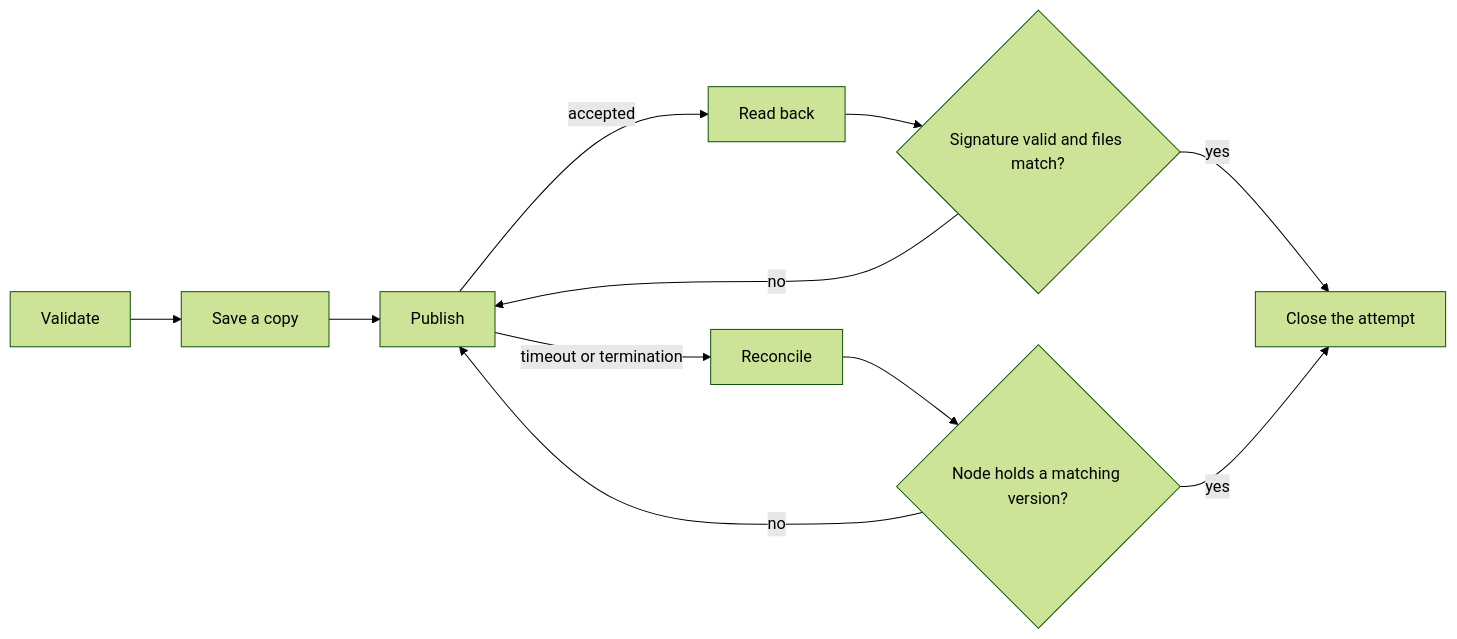
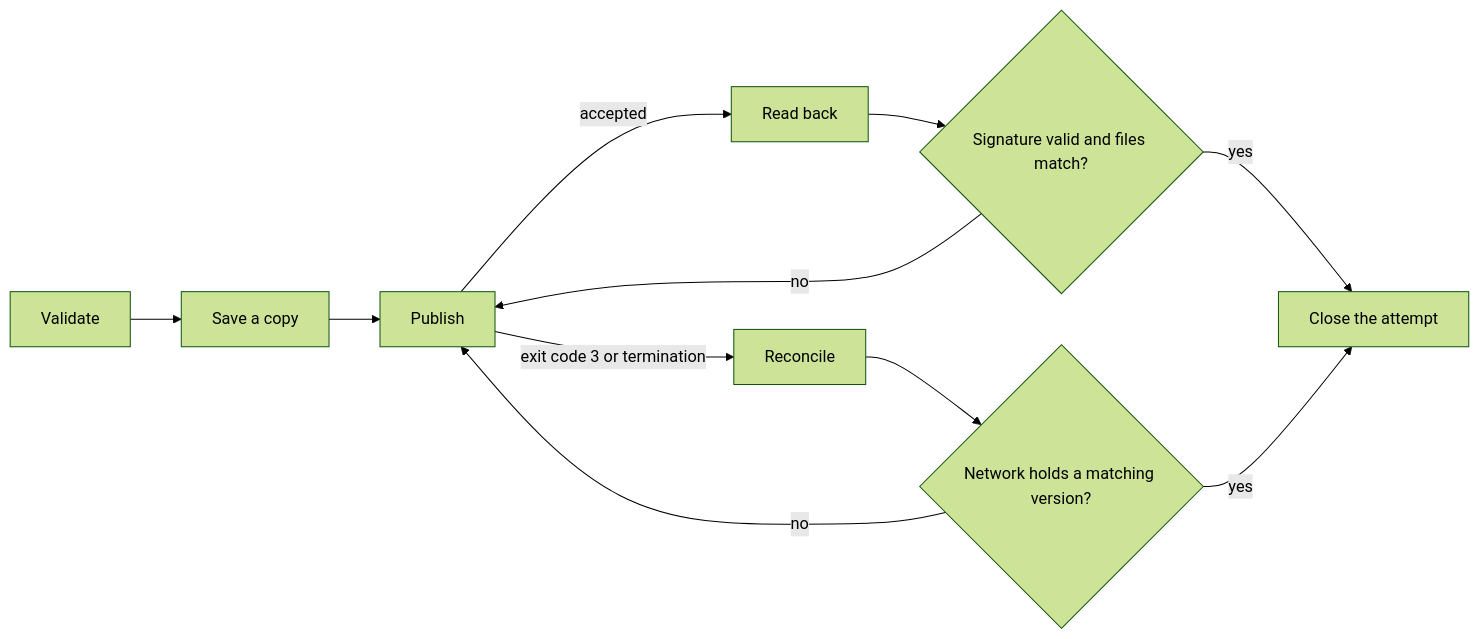
One commit to EVY-Platform/evy-freenet-plans changed the diagram in 1-freenet-mobile-appkit/04-bundles.md. Above: the diagram before and after it, drawn with Mermaid (forest theme). The commit also changed other lines of this file and 9 other files, not shown here.

````diff
--- a/1-freenet-mobile-appkit/04-bundles.md
+++ b/1-freenet-mobile-appkit/04-bundles.md
@@ -103,13 +110,13 @@
 ```mermaid
 flowchart LR
     A[Validate] --> B[Save a copy]
     B --> C[Publish]
     C -- accepted --> D[Read back]
-    C -- timeout or termination --> E[Reconcile]
+    C -- exit code 3 or termination --> E[Reconcile]
     D --> F{Signature valid and files match?}
-    E --> G{Node holds a matching version?}
+    E --> G{Network holds a matching version?}
     F -- yes --> H[Close the attempt]
     G -- yes --> H
     F -- no --> C
     G -- no --> C
 ```
````
